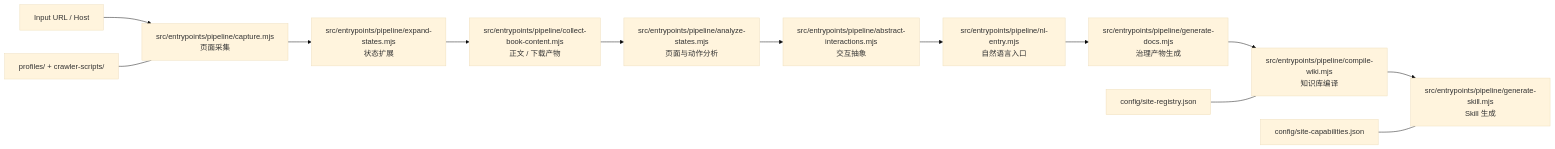
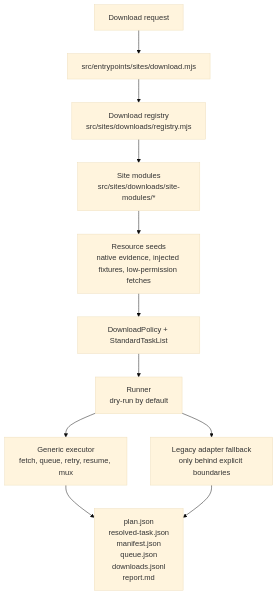
Before and after one commit to yuetongli-PL/Browser-Wiki-Skill: the fourth of 4 diagrams in README.md, drawn with Mermaid (base theme). The commit also changed other lines of this file, not shown here.

Commit message:
docs: redesign README architecture overview

````diff
--- a/README.md
+++ b/README.md
@@ -34,16 +123,13 @@
 ```mermaid
-flowchart LR
-    A["Input URL / Host"] --> B["src/entrypoints/pipeline/capture.mjs<br/>页面采集"]
-    B --> C["src/entrypoints/pipeline/expand-states.mjs<br/>状态扩展"]
-    C --> D["src/entrypoints/pipeline/collect-book-content.mjs<br/>正文 / 下载产物"]
-    D --> E["src/entrypoints/pipeline/analyze-states.mjs<br/>页面与动作分析"]
-    E --> F["src/entrypoints/pipeline/abstract-interactions.mjs<br/>交互抽象"]
-    F --> G["src/entrypoints/pipeline/nl-entry.mjs<br/>自然语言入口"]
-    G --> H["src/entrypoints/pipeline/generate-docs.mjs<br/>治理产物生成"]
-    H --> I["src/entrypoints/pipeline/compile-wiki.mjs<br/>知识库编译"]
-    I --> J["src/entrypoints/pipeline/generate-skill.mjs<br/>Skill 生成"]
-
-    K["config/site-registry.json"] --- I
-    L["config/site-capabilities.json"] --- J
-    M["profiles/ + crawler-scripts/"] --- B
+flowchart TB
+    Request["Download request"] --> Parser["src/entrypoints/sites/download.mjs"]
+    Parser --> Registry["Download registry<br/>src/sites/downloads/registry.mjs"]
+    Registry --> Modules["Site modules<br/>src/sites/downloads/site-modules/*"]
+    Modules --> Seeds["Resource seeds<br/>native evidence, injected fixtures, low-permission fetches"]
+    Seeds --> Policy["DownloadPolicy + StandardTaskList"]
+    Policy --> Runner["Runner<br/>dry-run by default"]
+    Runner --> Executor["Generic executor<br/>fetch, queue, retry, resume, mux"]
+    Runner --> Legacy["Legacy adapter fallback<br/>only behind explicit boundaries"]
+    Executor --> Manifest["plan.json<br/>resolved-task.json<br/>manifest.json<br/>queue.json<br/>downloads.jsonl<br/>report.md"]
+    Legacy --> Manifest
 ```
````
